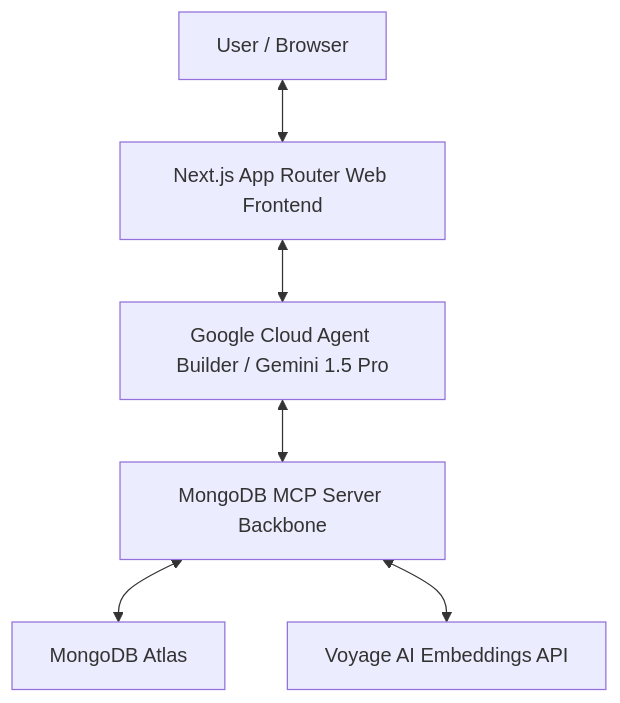
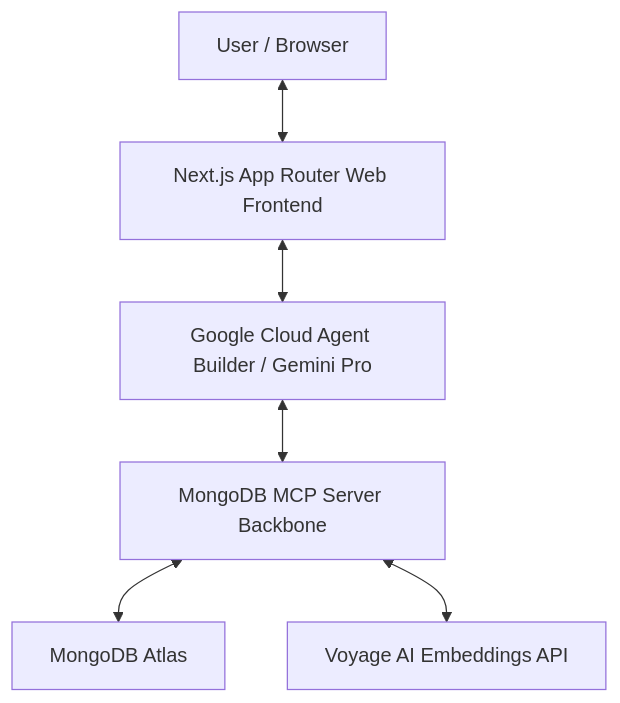
One commit to tanvihang/project-mini-map changed the first of 2 diagrams in System-Analysis.md. Above: the diagram before and after it, drawn with Mermaid. The commit also changed other lines of this file and 2 other files, not shown here.

Commit message:
feat: document MVP requirements, define backend data model, and update Gemini model version

````diff
--- a/System-Analysis.md
+++ b/System-Analysis.md
@@ -209,8 +237,8 @@
 ```mermaid
 graph TD
   User[User / Browser] <--> NextJS[Next.js App Router Web Frontend]
-  NextJS <--> AgentBuilder[Google Cloud Agent Builder / Gemini 1.5 Pro]
+  NextJS <--> AgentBuilder[Google Cloud Agent Builder / Gemini Pro]
   AgentBuilder <--> MCPServer[MongoDB MCP Server Backbone]
   MCPServer <--> MongoDB[MongoDB Atlas]
   MCPServer <--> VoyageAI[Voyage AI Embeddings API]
 ```
````
